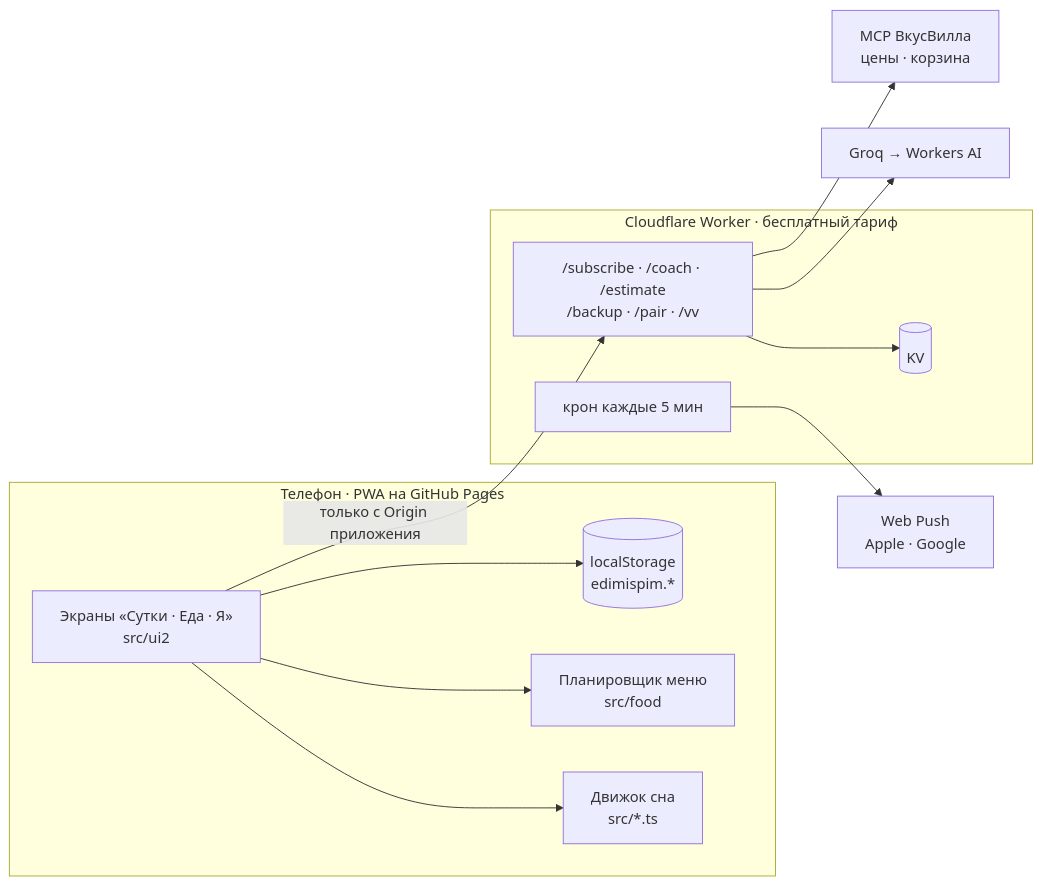
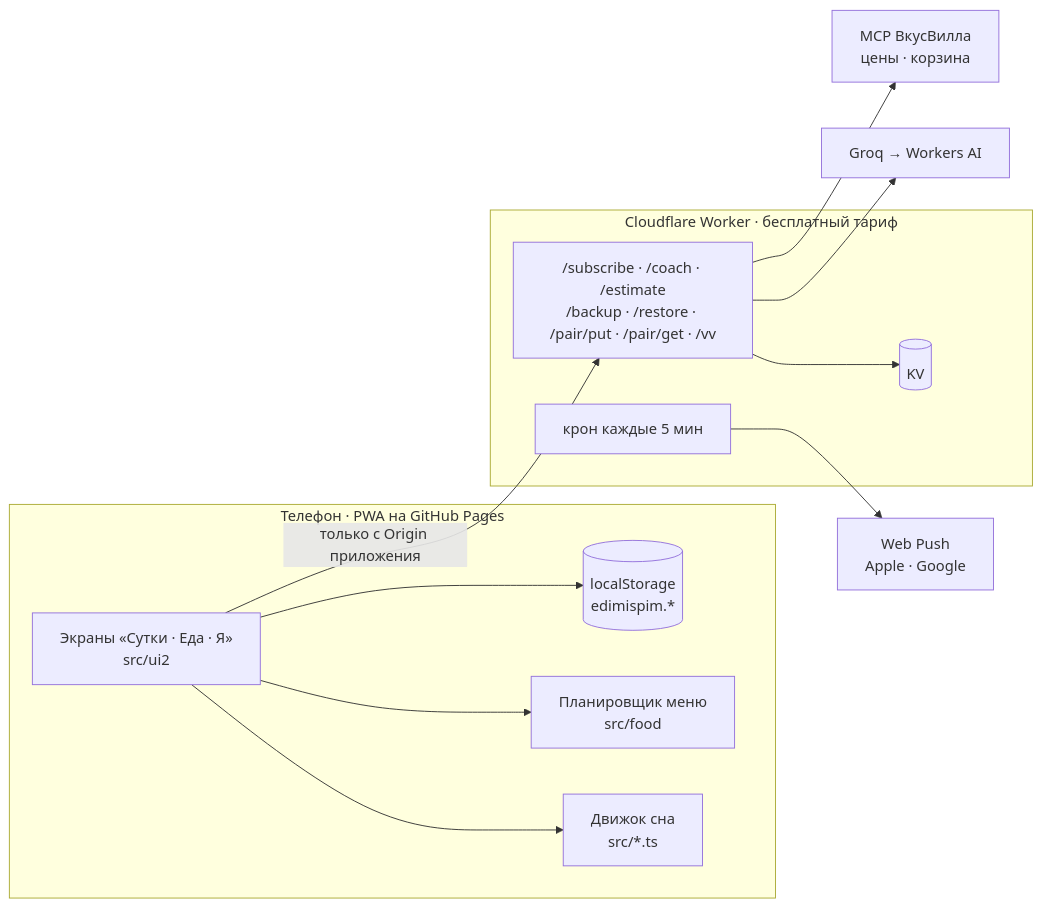
The diagram in README.md (iserdario-tech/edimispim), drawn with Mermaid before and after one commit. The commit also changed other lines of this file and 5 other files, not shown here.

````diff
--- a/README.md
+++ b/README.md
@@ -142,18 +142,18 @@
 ```mermaid
 flowchart LR
   subgraph phone["Телефон · PWA на GitHub Pages"]
     UI["Экраны «Сутки · Еда · Я»<br>src/ui2"] --> ENG["Движок сна<br>src/*.ts"]
     UI --> FOOD["Планировщик меню<br>src/food"]
     UI --> LS[("localStorage<br>edimispim.*")]
   end
   subgraph cf["Cloudflare Worker · бесплатный тариф"]
-    W["/subscribe · /coach · /estimate<br>/backup · /pair · /vv"]
+    W["/subscribe · /coach · /estimate<br>/backup · /restore · /pair/put · /pair/get · /vv"]
     KV[("KV")]
     CRON["крон каждые 5 мин"]
   end
   UI -- "только с Origin приложения" --> W
   W --> KV
   CRON --> PUSH["Web Push<br>Apple · Google"]
   W --> LLM["Groq → Workers AI"]
   W --> VV["MCP ВкусВилла<br>цены · корзина"]
 ```
````
